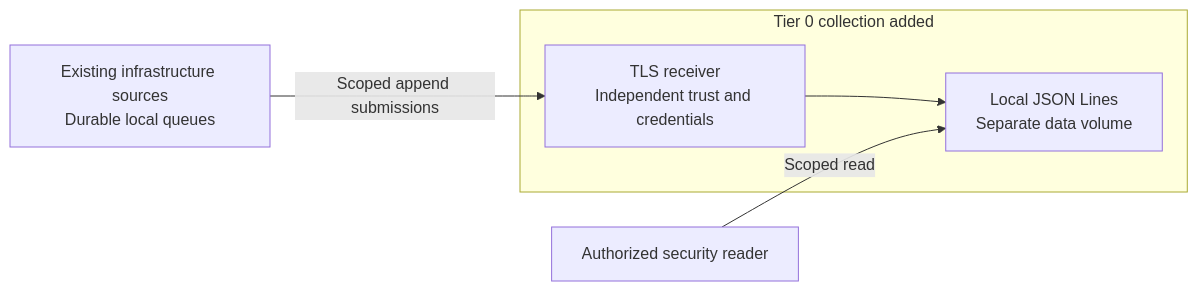
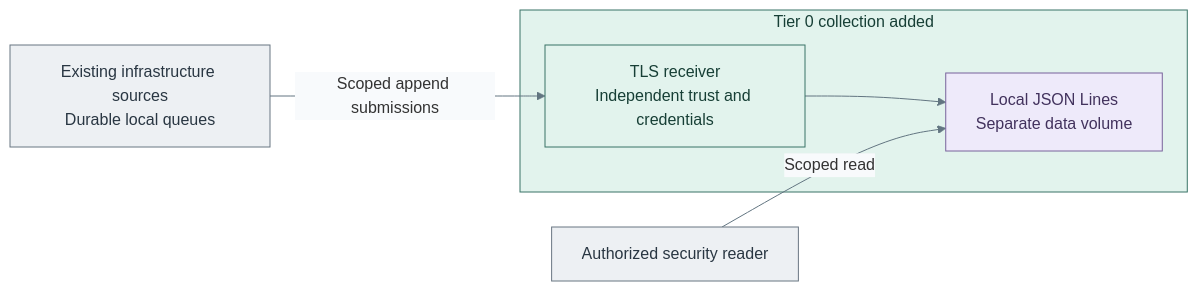
The second of 3 diagrams in docs/deployment/stage-1-logging/README.md (Rexus/homelab), drawn with Mermaid before and after one commit. The commit also changed other lines of this file and 49 other files, not shown here.

Commit message:
docs(diagrams): clarify tier layouts and visual styles

````diff
--- a/docs/deployment/stage-1-logging/README.md
+++ b/docs/deployment/stage-1-logging/README.md
@@ -83,8 +91,16 @@
 ```mermaid
+%%{init: {"theme":"base","themeVariables":{"lineColor":"#627581","edgeLabelBackground":"#f8fafc"}}}%%
 flowchart LR
   Sources["Existing infrastructure sources<br/>Durable local queues"] -->|Scoped append submissions| Intake
   subgraph New["Tier 0 collection added"]
     Intake["TLS receiver<br/>Independent trust and credentials"] --> Records["Local JSON Lines<br/>Separate data volume"]
   end
   Admin["Authorized security reader"] -->|Scoped read| Records
+  classDef default fill:#f8fafc,stroke:#64748b,color:#1f2937
+  classDef actor fill:#edf0f3,stroke:#697682,color:#293642
+  classDef control fill:#e2f3ed,stroke:#397366,color:#173f36
+  classDef data fill:#eeeafa,stroke:#78639b,color:#42325d
+  class Sources,Admin actor
+  class New,Intake control
+  class Records data
 ```
````
